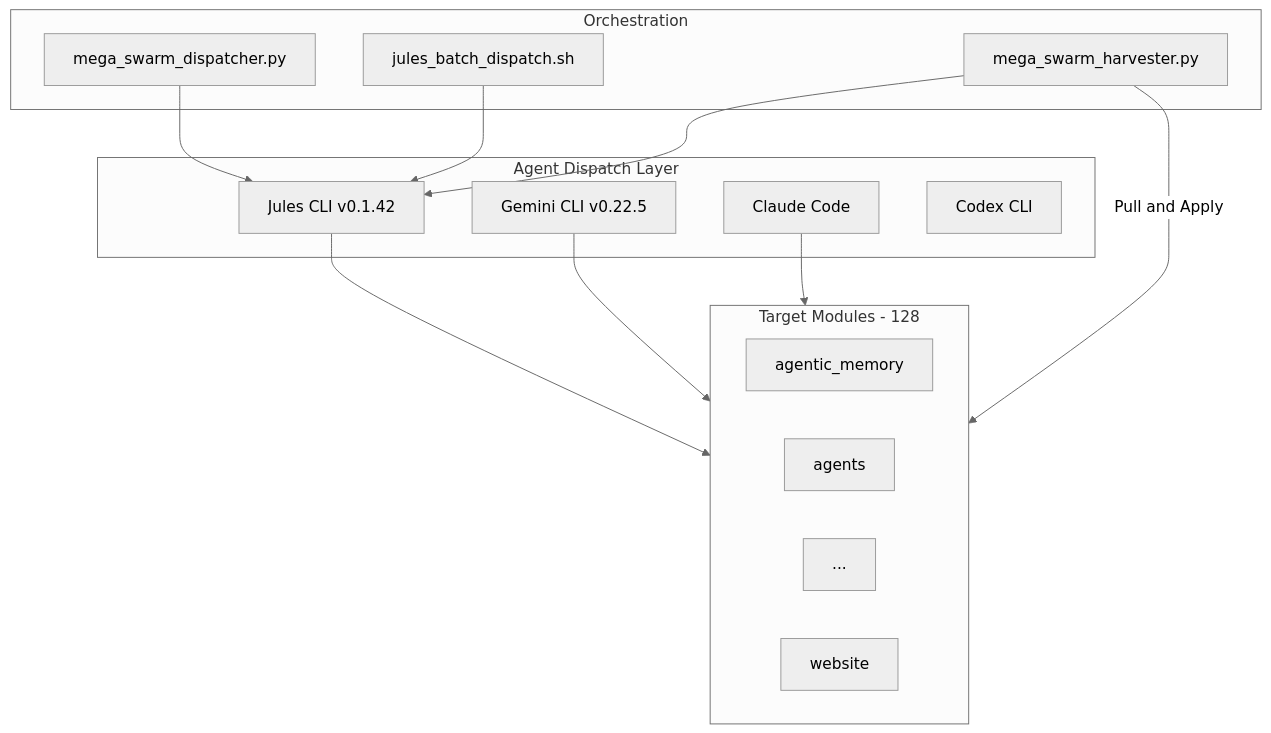
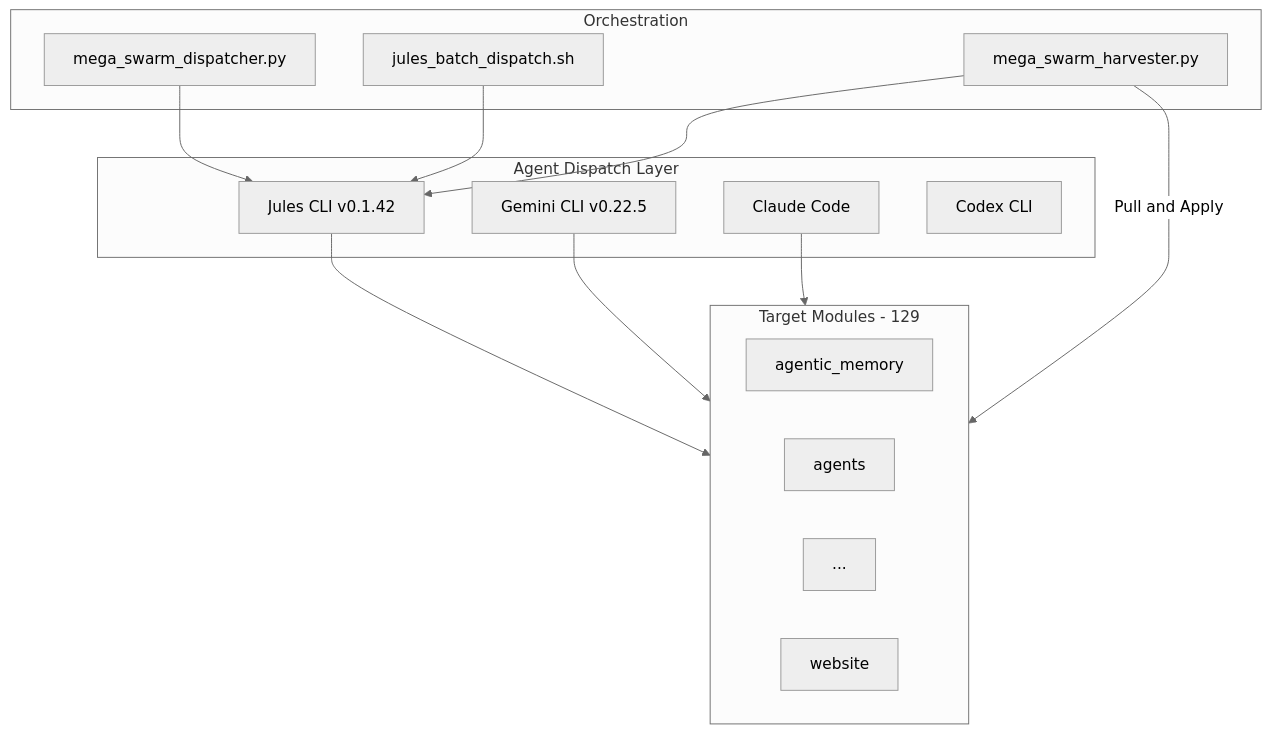
The fourth of 7 diagrams in README.md (docxology/codomyrmex), drawn with Mermaid (neutral theme) before and after one commit. The commit also changed other lines of this file and 948 other files, not shown here.

````diff
--- a/README.md
+++ b/README.md
@@ -581,30 +582,30 @@
 ```mermaid
 graph TD
     subgraph Dispatch["Agent Dispatch Layer"]
         Jules["Jules CLI v0.1.42"]
         GeminiCLI["Gemini CLI v0.22.5"]
         Claude["Claude Code"]
         Codex["Codex CLI"]
     end
 
     subgraph Orchestration["Orchestration"]
         BatchDispatch["jules_batch_dispatch.sh"]
         MegaSwarm["mega_swarm_dispatcher.py"]
         Harvester["mega_swarm_harvester.py"]
     end
 
-    subgraph Targets["Target Modules - 128"]
+    subgraph Targets["Target Modules - 129"]
         M1["agentic_memory"]
         M2["agents"]
         Mdots["..."]
         M95["website"]
     end
 
     MegaSwarm --> Jules
     BatchDispatch --> Jules
     Jules --> Targets
     GeminiCLI --> Targets
     Claude --> Targets
     Harvester --> Jules
     Harvester -->|"Pull and Apply"| Targets
 ```
````
